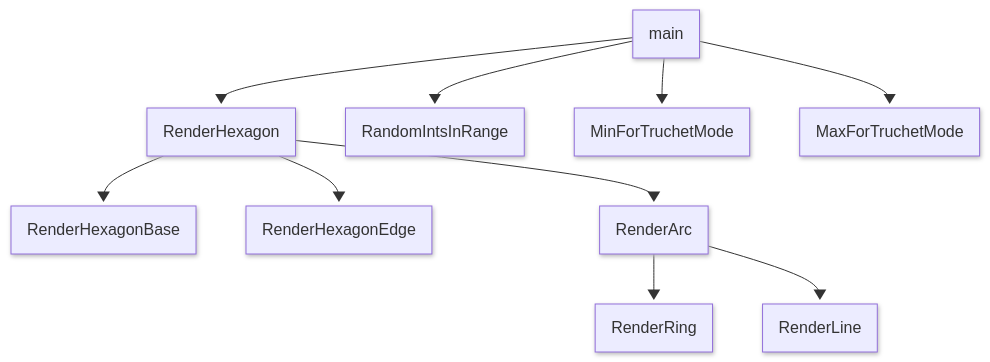
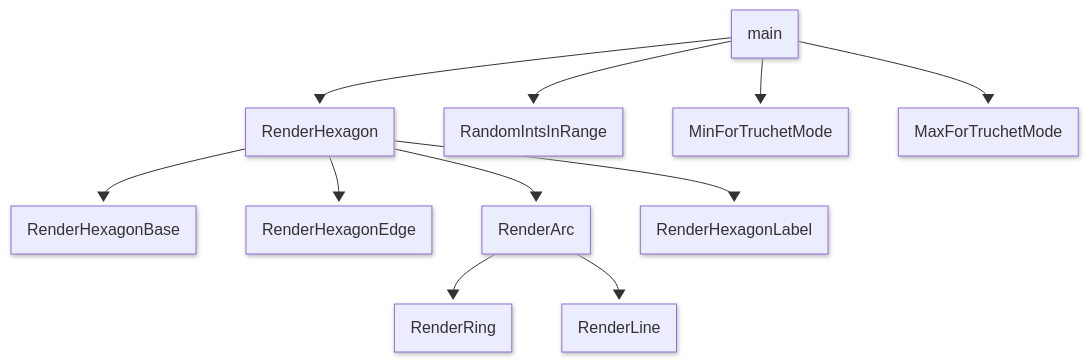
The diagram in hexagons_truchet_flow.mermaid (jeffbarr/TruchetTilings), drawn with Mermaid before and after one commit.

Commit message:
Add new module

```diff
--- a/hexagons_truchet_flow.mermaid
+++ b/hexagons_truchet_flow.mermaid
@@ -1,18 +1,19 @@
 ---
 config:
   theme: mc
   look: neo
 ---
 flowchart TD
     main
     main --> RenderHexagon
     main --> RandomIntsInRange
     main --> MinForTruchetMode
     main --> MaxForTruchetMode
 
     RenderHexagon --> RenderHexagonBase
     RenderHexagon --> RenderHexagonEdge
     RenderHexagon --> RenderArc
+    RenderHexagon --> RenderHexagonLabel
 
     RenderArc --> RenderRing
     RenderArc --> RenderLine
```
